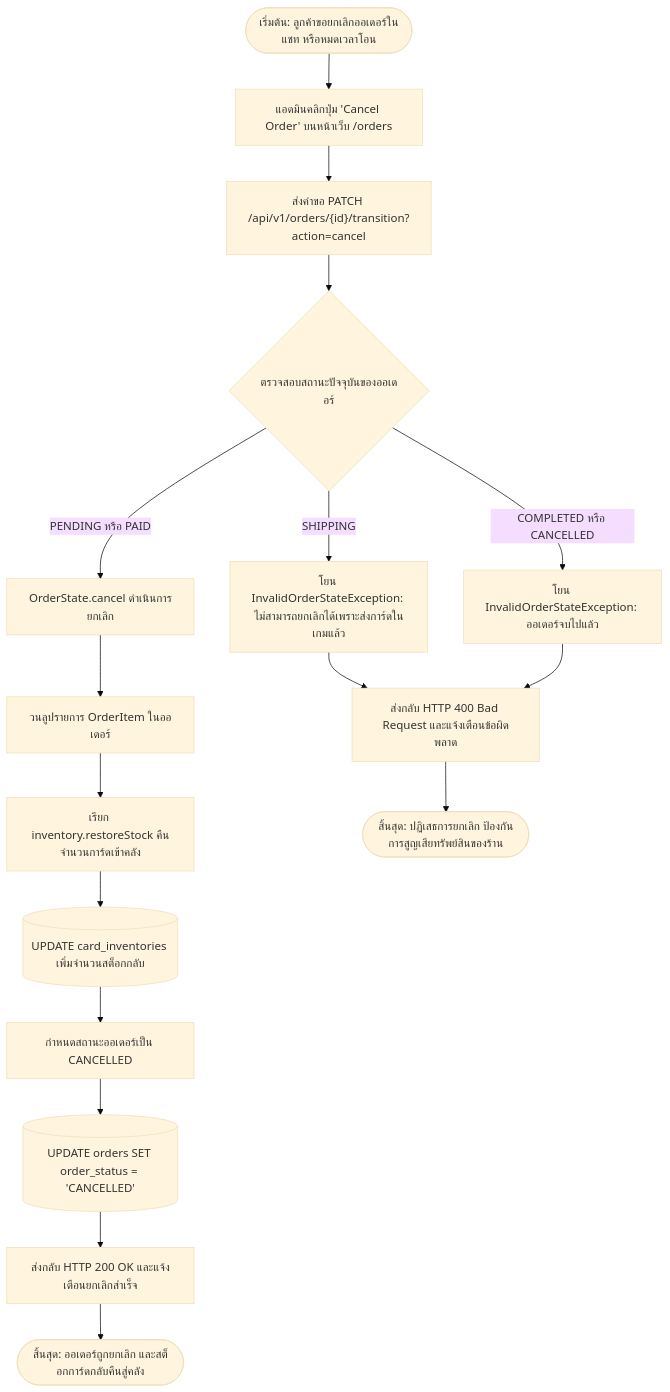
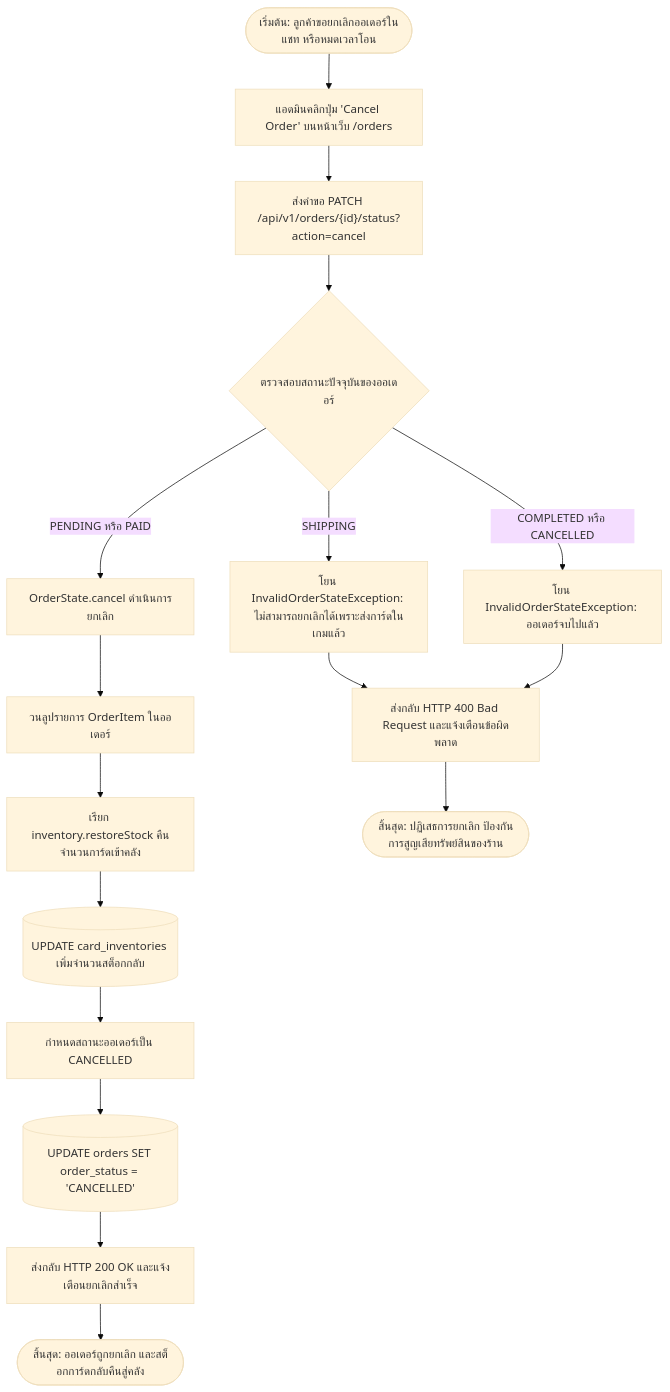
One commit to Bigzzz0/Pok-Vault_Commerce changed the fourth of 4 diagrams in doc/diagrams/activity-diagram.md. Above: the diagram before and after it, drawn with Mermaid (base theme). The commit also changed 20 other files, not shown here.

````diff
--- a/doc/diagrams/activity-diagram.md
+++ b/doc/diagrams/activity-diagram.md
@@ -224,22 +224,22 @@
 ```mermaid
 flowchart TD
     StartCancel([เริ่มต้น: ลูกค้าขอยกเลิกออเดอร์ในแชท หรือหมดเวลาโอน]) --> ClickCancel[แอดมินคลิกปุ่ม 'Cancel Order' บนหน้าเว็บ /orders]
-    ClickCancel --> SendPatch["ส่งคำขอ PATCH /api/v1/orders/{id}/transition?action=cancel"]
+    ClickCancel --> SendPatch["ส่งคำขอ PATCH /api/v1/orders/{id}/status?action=cancel"]
     SendPatch --> CheckCurrentState{ตรวจสอบสถานะปัจจุบันของออเดอร์}
 
     CheckCurrentState -->|"PENDING หรือ PAID"| ExecCancel[OrderState.cancel ดำเนินการยกเลิก]
     CheckCurrentState -->|"SHIPPING"| ThrowIllegalState["โยน InvalidOrderStateException: ไม่สามารถยกเลิกได้เพราะส่งการ์ดในเกมแล้ว"]
     CheckCurrentState -->|"COMPLETED หรือ CANCELLED"| ThrowTerminal["โยน InvalidOrderStateException: ออเดอร์จบไปแล้ว"]
 
     ExecCancel --> LoopItems[วนลูปรายการ OrderItem ในออเดอร์]
     LoopItems --> RestoreStock[เรียก inventory.restoreStock คืนจำนวนการ์ดเข้าคลัง]
     RestoreStock --> UpdateInventoryDB[(UPDATE card_inventories เพิ่มจำนวนสต็อกกลับ)]
     UpdateInventoryDB --> SetCancelState[กำหนดสถานะออเดอร์เป็น CANCELLED]
     SetCancelState --> UpdateOrderDB[(UPDATE orders SET order_status = 'CANCELLED')]
     UpdateOrderDB --> NotifySuccess[ส่งกลับ HTTP 200 OK และแจ้งเตือนยกเลิกสำเร็จ]
     NotifySuccess --> EndSuccess([สิ้นสุด: ออเดอร์ถูกยกเลิก และสต็อกการ์ดกลับคืนสู่คลัง])
 
     ThrowIllegalState --> NotifyError[ส่งกลับ HTTP 400 Bad Request และแจ้งเตือนข้อผิดพลาด]
     ThrowTerminal --> NotifyError
     NotifyError --> EndFail([สิ้นสุด: ปฏิเสธการยกเลิก ป้องกันการสูญเสียทรัพย์สินของร้าน])
 ```
````
